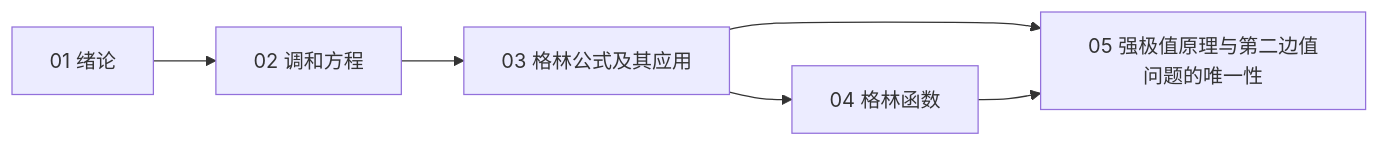
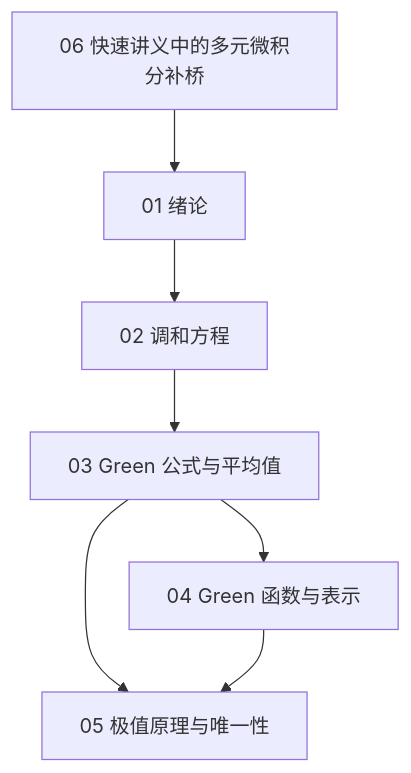
Before and after one commit to xsoc1/math-notes: the diagram in 数学物理方程/00_课程笔记总览.md, drawn with Mermaid. The commit also changed other lines of this file and 13 other files, not shown here.

````diff
--- a/数学物理方程/00_课程笔记总览.md
+++ b/数学物理方程/00_课程笔记总览.md
@@ -72,8 +75,9 @@
 ```mermaid
-flowchart LR
-	A[01 绪论] --> B[02 调和方程]
-	B --> C[03 格林公式及其应用]
-	C --> D[04 格林函数]
-	C --> E[05 强极值原理与第二边值问题的唯一性]
+flowchart TD
+	Q[06 快速讲义中的多元微积分补桥] --> A[01 绪论]
+	A --> B[02 调和方程]
+	B --> C[03 Green 公式与平均值]
+	C --> D[04 Green 函数与表示]
+	C --> E[05 极值原理与唯一性]
 	D --> E
 ```
````
